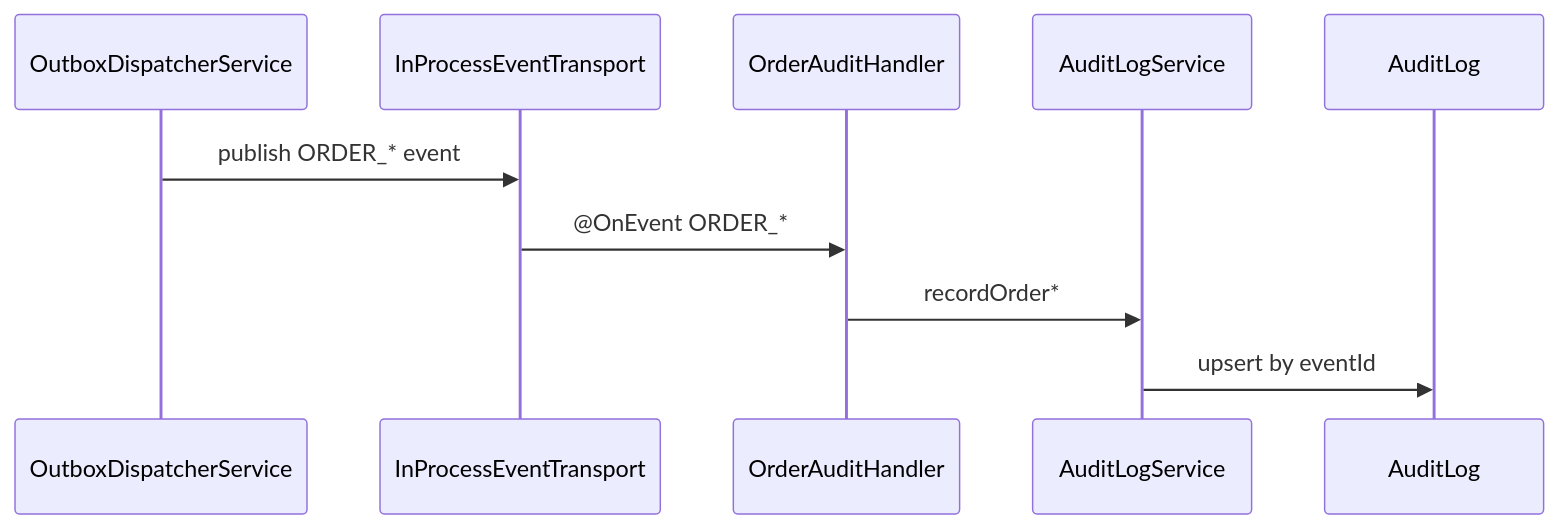
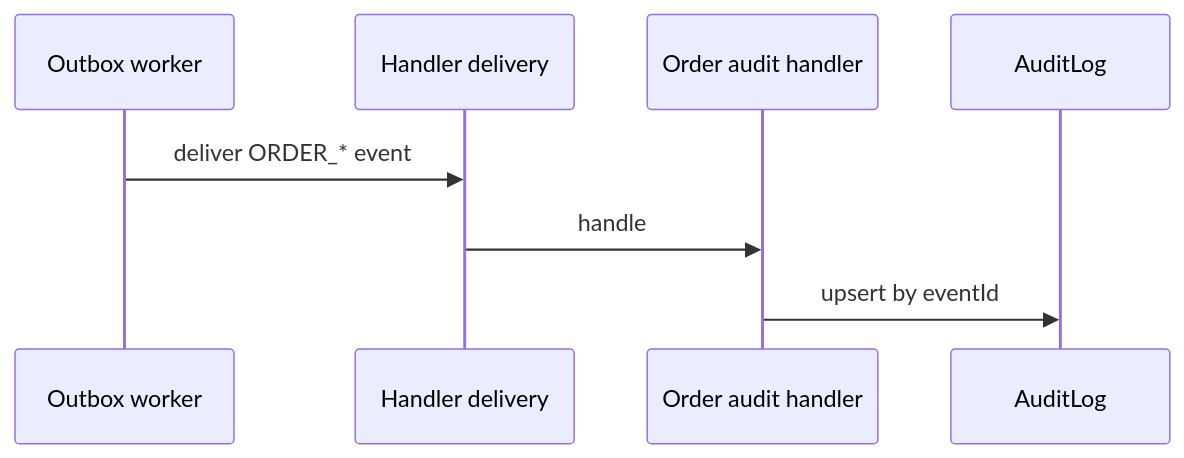
Before and after one commit to kevin-esq/binexus-platform: the diagram in docs/architecture/audit-log.md, drawn with Mermaid. The commit also changed other lines of this file and 593 other files, not shown here.

````diff
--- a/docs/architecture/audit-log.md
+++ b/docs/architecture/audit-log.md
@@ -25,13 +27,11 @@
 ```mermaid
 sequenceDiagram
-    participant Dispatcher as OutboxDispatcherService
-    participant Transport as InProcessEventTransport
-    participant Handler as OrderAuditHandler
-    participant Audit as AuditLogService
+    participant Worker as Outbox worker
+    participant Inbox as Handler delivery
+    participant Handler as Order audit handler
     participant Table as AuditLog
 
-    Dispatcher->>Transport: publish ORDER_* event
-    Transport->>Handler: @OnEvent ORDER_*
-    Handler->>Audit: recordOrder*
-    Audit->>Table: upsert by eventId
+    Worker->>Inbox: deliver ORDER_* event
+    Inbox->>Handler: handle
+    Handler->>Table: upsert by eventId
 ```
````
